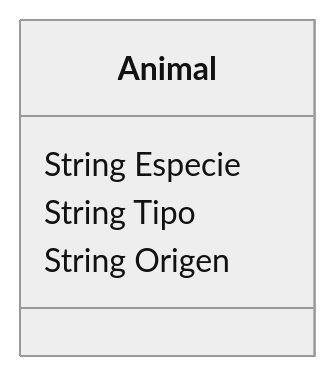
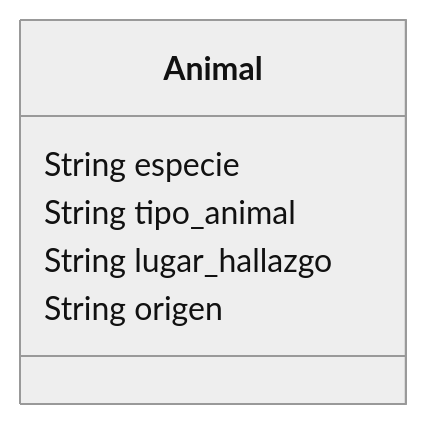
One commit to bk320/psg-oop-2025 changed the diagram in retos_sesion_02/ejercicio_01.md. Above: the diagram before and after it, drawn with Mermaid (neutral theme). The commit also changed other lines of this file and 3 other files, not shown here.

````diff
--- a/retos_sesion_02/ejercicio_01.md
+++ b/retos_sesion_02/ejercicio_01.md
@@ -37,8 +49,9 @@
 ```mermaid
 classDiagram
     class Animal {
-        String Especie
-        String Tipo
-        String Origen
+        String especie
+        String tipo_animal
+        String lugar_hallazgo
+        String origen
     }
 ```
````
